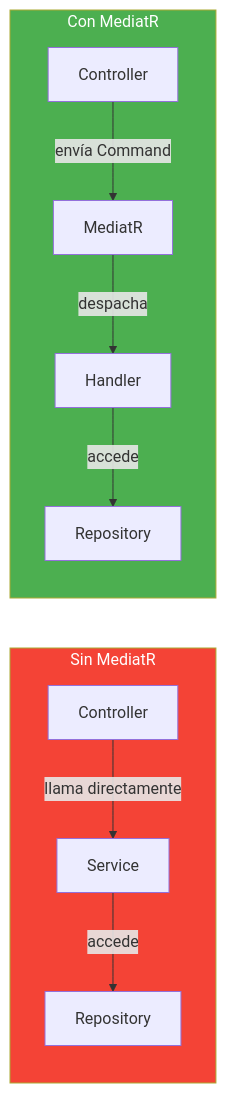
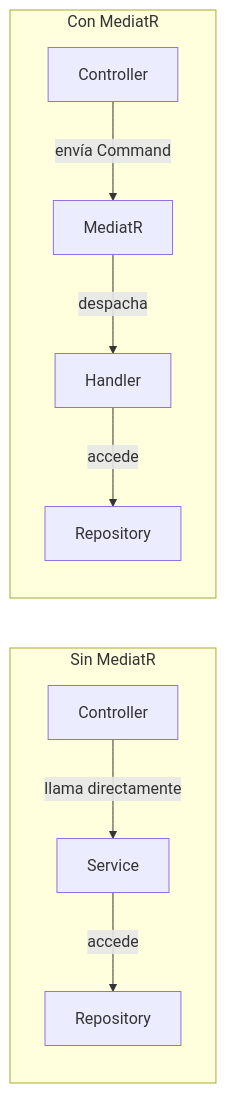
Before and after one commit to joseluisgs/DesarrolloWebEntornosServidor-02-2026-2027: diagram 22 of 24 in 30-cqrs-mediator.md, drawn with Mermaid. The commit also changed other lines of this file and 4 other files, not shown here.

Commit message:
docs: quitar el relleno a los subgraf de los diagramas de los temas 01, 10, 11, 19 y 30

````diff
--- a/30-cqrs-mediator.md
+++ b/30-cqrs-mediator.md
@@ -1224,16 +1210,14 @@
 ```mermaid
 flowchart LR
     subgraph TRADICIONAL["Sin MediatR"]
         A[Controller] -->|llama directamente| B[Service]
         B -->|accede| C[Repository]
     end
 
     subgraph CON_MEDIATR["Con MediatR"]
         D[Controller] -->|envía Command| E[MediatR]
         E -->|despacha| F[Handler]
         F -->|accede| G[Repository]
     end
 
-    style TRADICIONAL fill:#f44336,color:#fff
-    style CON_MEDIATR fill:#4CAF50,color:#fff
 ```
````
